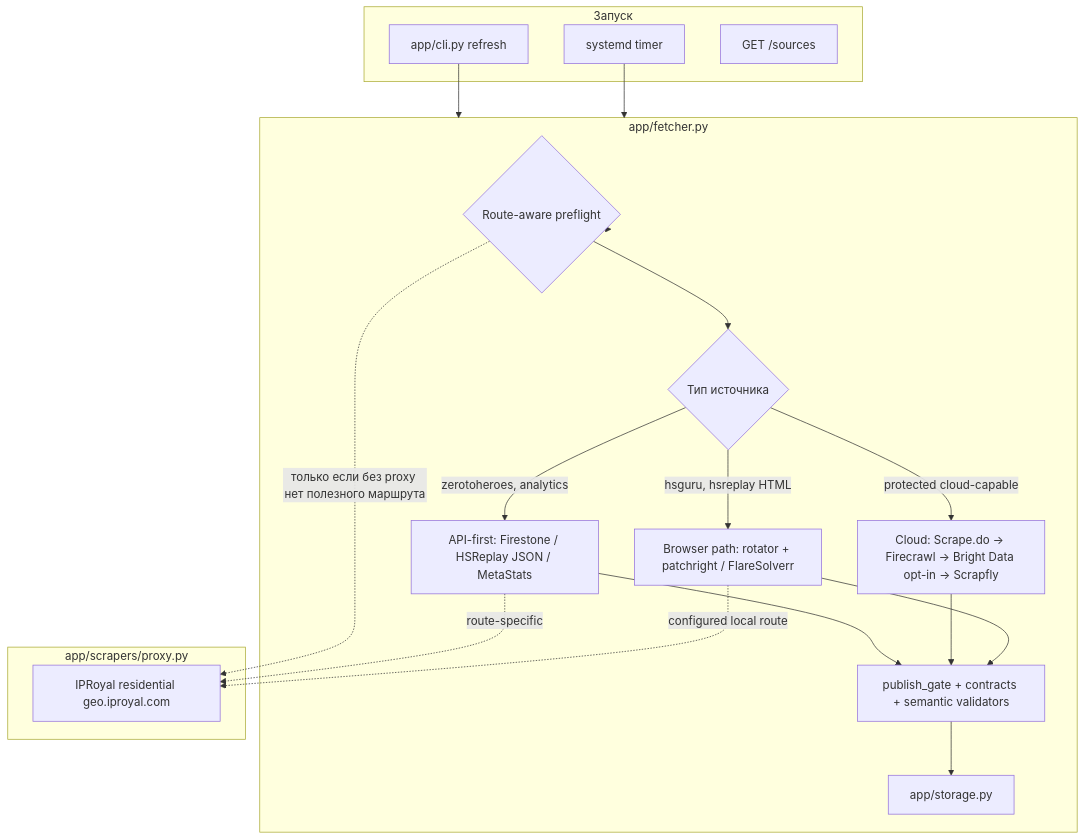
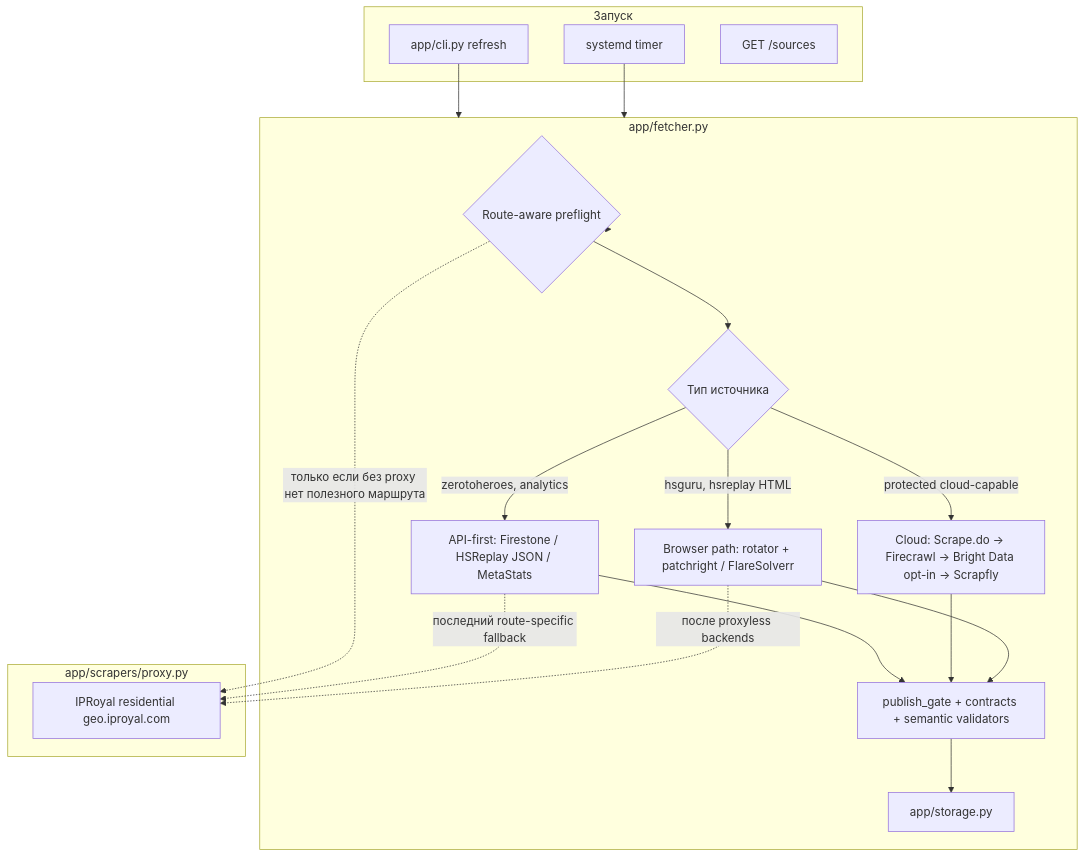
Before and after one commit to Manacost-Labs/api.kolodahearthstone.com: the first of 2 diagrams in docs/PROXY_AND_RELIABILITY.md, drawn with Mermaid. The commit also changed other lines of this file and 20 other files, not shown here.

````diff
--- a/docs/PROXY_AND_RELIABILITY.md
+++ b/docs/PROXY_AND_RELIABILITY.md
@@ -5,37 +5,37 @@
 ```mermaid
 flowchart TB
     subgraph trigger [Запуск]
         CLI[app/cli.py refresh]
         Timer[systemd timer]
         API[GET /sources]
     end
 
     subgraph fetcher [app/fetcher.py]
         Preflight{Route-aware preflight}
         Route{Тип источника}
         APIpath[API-first: Firestone / HSReplay JSON / MetaStats]
         Cloud[Cloud: Scrape.do → Firecrawl → Bright Data opt-in → Scrapfly]
         Browser[Browser path: rotator + patchright / FlareSolverr]
         Quality[publish_gate + contracts + semantic validators]
         Store[app/storage.py]
     end
 
     subgraph proxy [app/scrapers/proxy.py]
         IPRoyal[IPRoyal residential geo.iproyal.com]
     end
 
     CLI --> fetcher
     Timer --> fetcher
     fetcher --> Preflight
     Preflight --> Route
     Preflight -. только если без proxy нет полезного маршрута .-> IPRoyal
     Route -->|zerotoheroes, analytics| APIpath
     Route -->|protected cloud-capable| Cloud
     Route -->|hsguru, hsreplay HTML| Browser
-    APIpath -. route-specific .-> IPRoyal
-    Browser -. configured local route .-> IPRoyal
+    APIpath -. последний route-specific fallback .-> IPRoyal
+    Browser -. после proxyless backends .-> IPRoyal
     APIpath --> Quality
     Cloud --> Quality
     Browser --> Quality
     Quality --> Store
 ```
````
